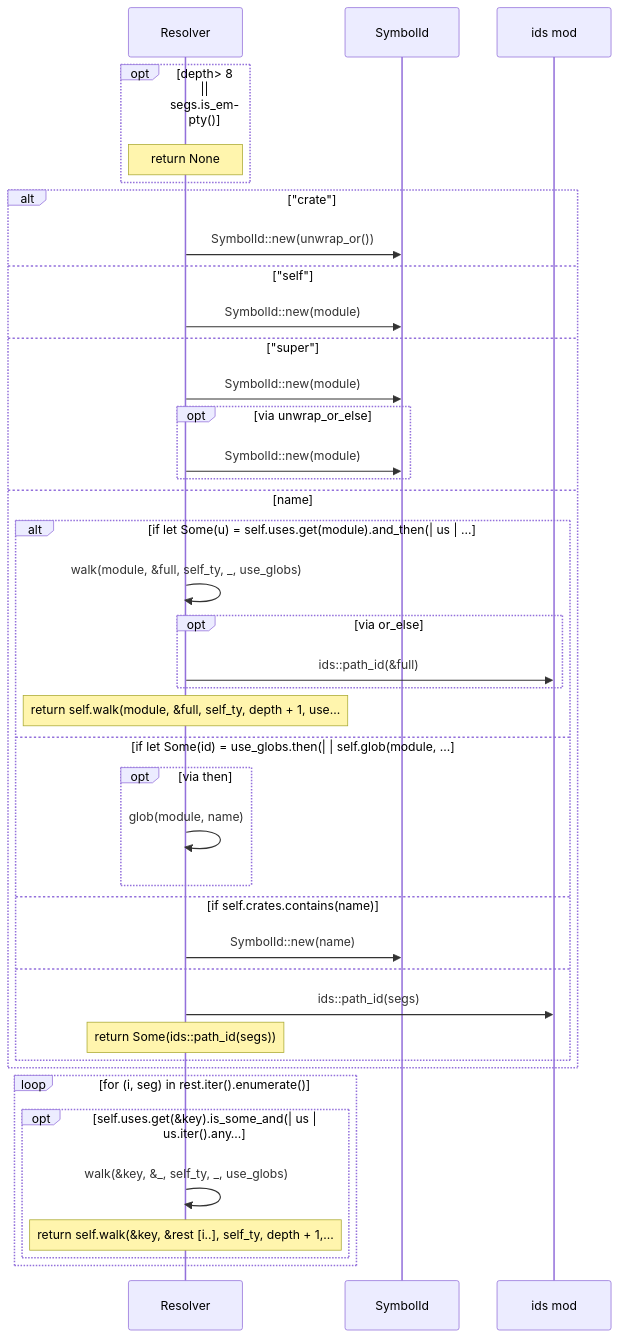
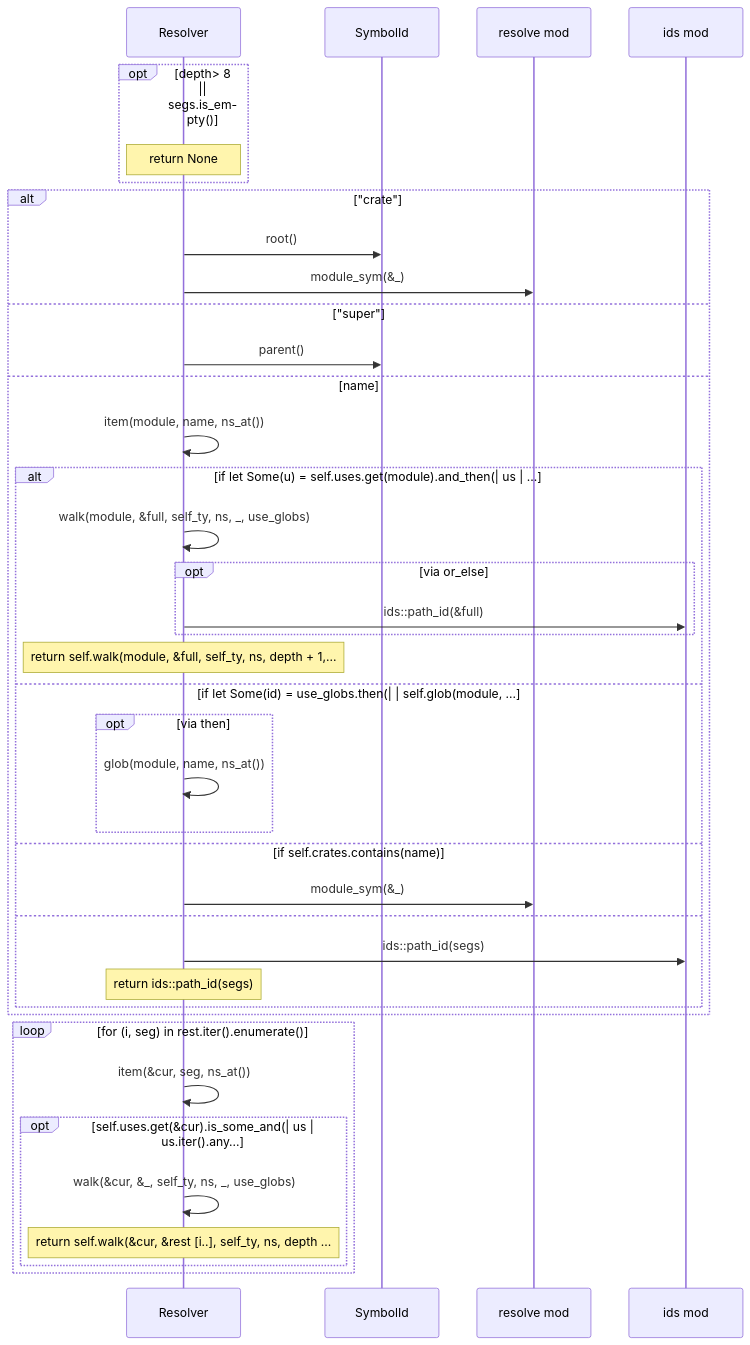
One commit to DreamLab-AI/codemaid changed diagram 11 of 22 in docs/sealmap/crates/sealmap-rust/src/resolve.rs.md. Above: the diagram before and after it, drawn with Mermaid. The commit also changed other lines of this file and 45 other files, not shown here.

First line of the commit message:
docs: regenerate the self-corpus for sym: ids and schema v2

````diff
--- a/docs/sealmap/crates/sealmap-rust/src/resolve.rs.md
+++ b/docs/sealmap/crates/sealmap-rust/src/resolve.rs.md
@@ -314,42 +382,41 @@
 ```mermaid
 sequenceDiagram
-  participant sealmap_rust__resolve__Resolver as Resolver
-  participant sealmap_model__symbol__SymbolId as SymbolId
+  participant sealmap_rust__resolve___tResolver as Resolver
+  participant sealmap_model__sym___tSymbolId as SymbolId
+  participant sealmap_rust__resolve as resolve mod
   participant sealmap_frontend__ids as ids mod
   opt depth> 8 || segs.is_empty()
-    Note over sealmap_rust__resolve__Resolver: return None
+    Note over sealmap_rust__resolve___tResolver: return None
   end
   alt #quot;crate#quot;
-    sealmap_rust__resolve__Resolver->>sealmap_model__symbol__SymbolId: SymbolId::new(unwrap_or())
-  else #quot;self#quot;
-    sealmap_rust__resolve__Resolver->>sealmap_model__symbol__SymbolId: SymbolId::new(module)
+    sealmap_rust__resolve___tResolver->>sealmap_model__sym___tSymbolId: root()
+    sealmap_rust__resolve___tResolver->>sealmap_rust__resolve: module_sym(&_)
   else #quot;super#quot;
-    sealmap_rust__resolve__Resolver->>sealmap_model__symbol__SymbolId: SymbolId::new(module)
-    opt via unwrap_or_else
-      sealmap_rust__resolve__Resolver->>sealmap_model__symbol__SymbolId: SymbolId::new(module)
-    end
+    sealmap_rust__resolve___tResolver->>sealmap_model__sym___tSymbolId: parent()
   else name
+    sealmap_rust__resolve___tResolver->>sealmap_rust__resolve___tResolver: item(module, name, ns_at())
     alt if let Some(u) = self.uses.get(module).and_then(| us | …
-      sealmap_rust__resolve__Resolver->>sealmap_rust__resolve__Resolver: walk(module, &full, self_ty, _, use_globs)
+      sealmap_rust__resolve___tResolver->>sealmap_rust__resolve___tResolver: walk(module, &full, self_ty, ns, _, use_globs)
       opt via or_else
-        sealmap_rust__resolve__Resolver->>sealmap_frontend__ids: ids::path_id(&full)
+        sealmap_rust__resolve___tResolver->>sealmap_frontend__ids: ids::path_id(&full)
       end
-      Note over sealmap_rust__resolve__Resolver: return self.walk(module, &full, self_ty, depth + 1, use…
+      Note over sealmap_rust__resolve___tResolver: return self.walk(module, &full, self_ty, ns, depth + 1,…
     else if let Some(id) = use_globs.then(| | self.glob(module, …
       opt via then
-        sealmap_rust__resolve__Resolver->>sealmap_rust__resolve__Resolver: glob(module, name)
+        sealmap_rust__resolve___tResolver->>sealmap_rust__resolve___tResolver: glob(module, name, ns_at())
       end
     else if self.crates.contains(name)
-      sealmap_rust__resolve__Resolver->>sealmap_model__symbol__SymbolId: SymbolId::new(name)
+      sealmap_rust__resolve___tResolver->>sealmap_rust__resolve: module_sym(&_)
     else
-      sealmap_rust__resolve__Resolver->>sealmap_frontend__ids: ids::path_id(segs)
-      Note over sealmap_rust__resolve__Resolver: return Some(ids::path_id(segs))
+      sealmap_rust__resolve___tResolver->>sealmap_frontend__ids: ids::path_id(segs)
+      Note over sealmap_rust__resolve___tResolver: return ids::path_id(segs)
     end
   end
   loop for (i, seg) in rest.iter().enumerate()
-    opt self.uses.get(&key).is_some_and(| us | us.iter().any…
-      sealmap_rust__resolve__Resolver->>sealmap_rust__resolve__Resolver: walk(&key, &_, self_ty, _, use_globs)
-      Note over sealmap_rust__resolve__Resolver: return self.walk(&key, &rest [i..], self_ty, depth + 1,…
+    sealmap_rust__resolve___tResolver->>sealmap_rust__resolve___tResolver: item(&cur, seg, ns_at())
+    opt self.uses.get(&cur).is_some_and(| us | us.iter().any…
+      sealmap_rust__resolve___tResolver->>sealmap_rust__resolve___tResolver: walk(&cur, &_, self_ty, ns, _, use_globs)
+      Note over sealmap_rust__resolve___tResolver: return self.walk(&cur, &rest [i..], self_ty, ns, depth …
     end
   end
 ```
````
